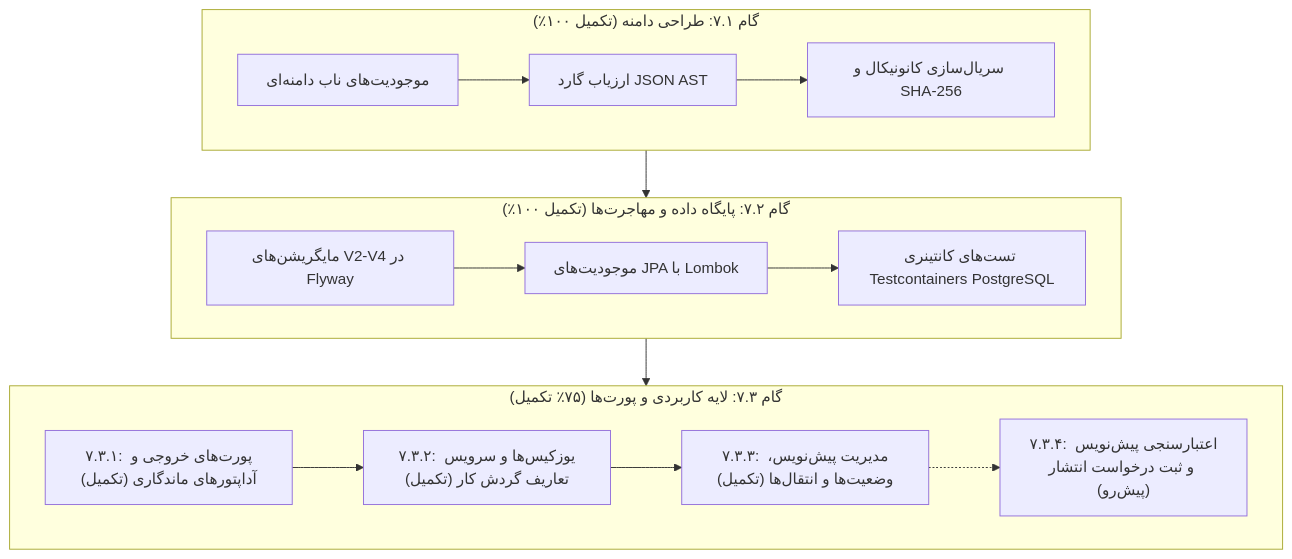
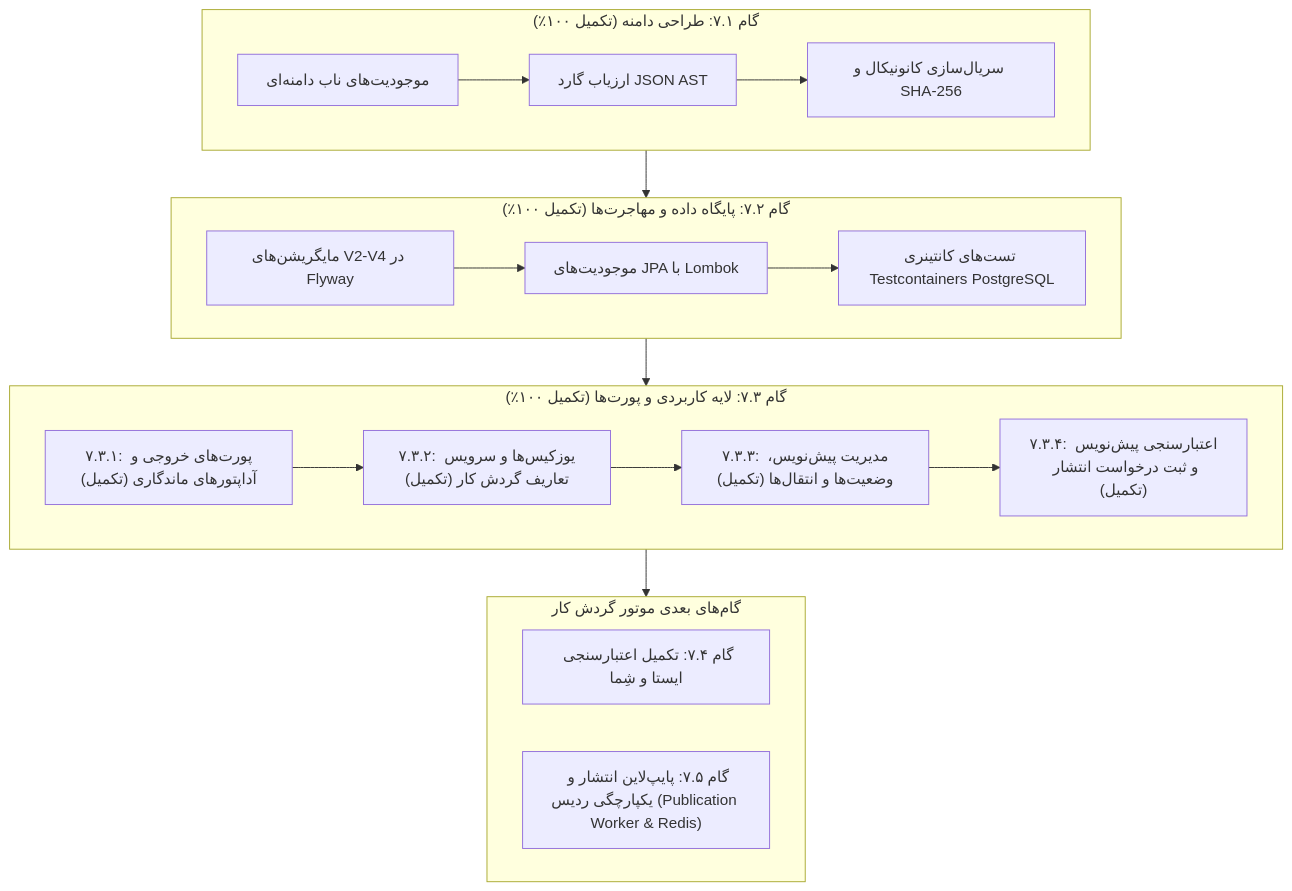
The diagram in docs/phase-7/progress-report/STEP_7_PROGRESS_REPORT_FA.md (AminMohammadiTabar/video-identity-verification), drawn with Mermaid before and after one commit. The commit also changed other lines of this file and 7 other files, not shown here.

````diff
--- a/docs/phase-7/progress-report/STEP_7_PROGRESS_REPORT_FA.md
+++ b/docs/phase-7/progress-report/STEP_7_PROGRESS_REPORT_FA.md
@@ -23,21 +23,27 @@
 ```mermaid
 flowchart TD
     subgraph Step7_1["گام ۷.۱: طراحی دامنه (تکمیل ۱۰۰٪)"]
         D1[موجودیت‌های ناب دامنه‌ای] --> D2[ارزیاب گارد JSON AST]
         D2 --> D3[سریال‌سازی کانونیکال و SHA-256]
     end
 
     subgraph Step7_2["گام ۷.۲: پایگاه داده و مهاجرت‌ها (تکمیل ۱۰۰٪)"]
         DB1[مایگریشن‌های V2-V4 در Flyway] --> DB2[موجودیت‌های JPA با Lombok]
         DB2 --> DB3[تست‌های کانتینری Testcontainers PostgreSQL]
     end
 
-    subgraph Step7_3["گام ۷.۳: لایه کاربردی و پورت‌ها (۷۵٪ تکمیل)"]
+    subgraph Step7_3["گام ۷.۳: لایه کاربردی و پورت‌ها (تکمیل ۱۰۰٪)"]
         A1["۷.۳.۱: پورت‌های خروجی و آداپتورهای ماندگاری (تکمیل)"] --> A2["۷.۳.۲: یوزکیس‌ها و سرویس تعاریف گردش کار (تکمیل)"]
         A2 --> A3["۷.۳.۳: مدیریت پیش‌نویس، وضعیت‌ها و انتقال‌ها (تکمیل)"]
-        A3 -.-> A4["۷.۳.۴: اعتبارسنجی پیش‌نویس و ثبت درخواست انتشار (پیش‌رو)"]
+        A3 --> A4["۷.۳.۴: اعتبارسنجی پیش‌نویس و ثبت درخواست انتشار (تکمیل)"]
+    end
+
+    subgraph Step7_4_5["گام‌های بعدی موتور گردش کار"]
+        N1["گام ۷.۴: تکمیل اعتبارسنجی ایستا و شِما"]
+        N2["گام ۷.۵: پایپ‌لاین انتشار و یکپارچگی ردیس (Publication Worker & Redis)"]
     end
 
     Step7_1 --> Step7_2
     Step7_2 --> Step7_3
+    Step7_3 --> Step7_4_5
 ```
````
